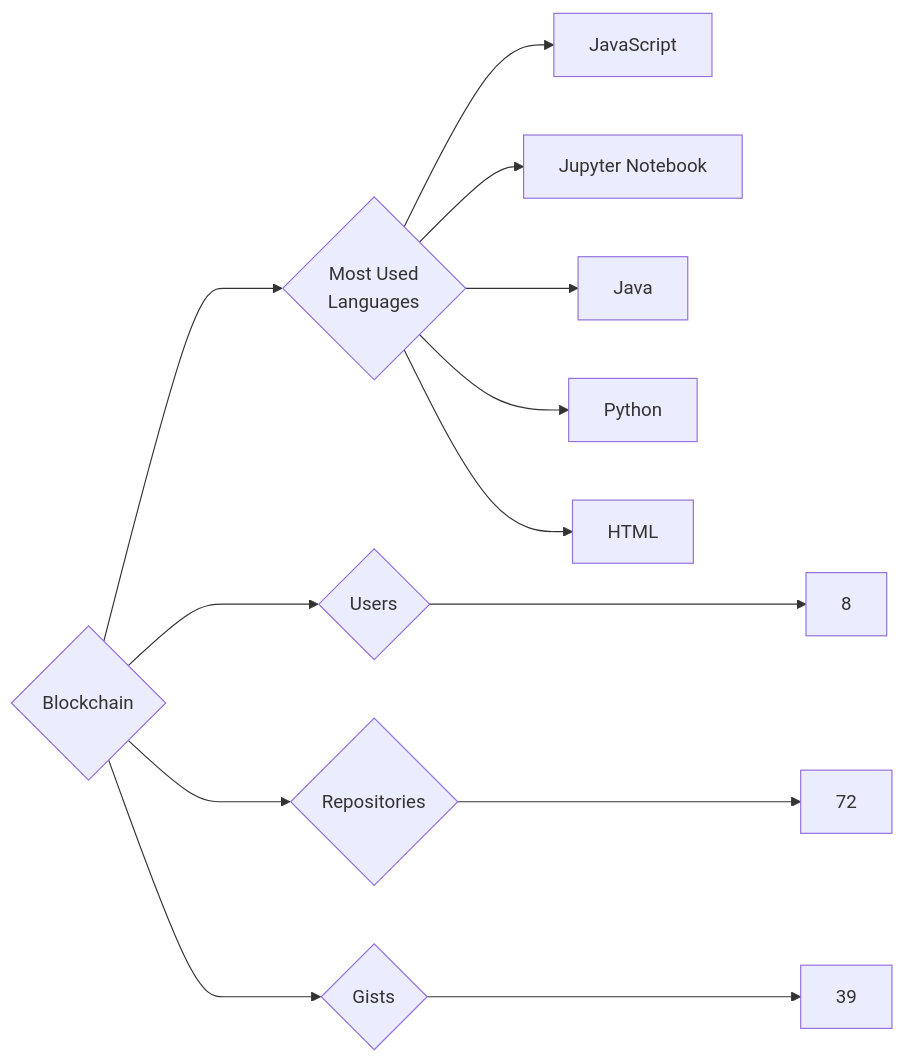
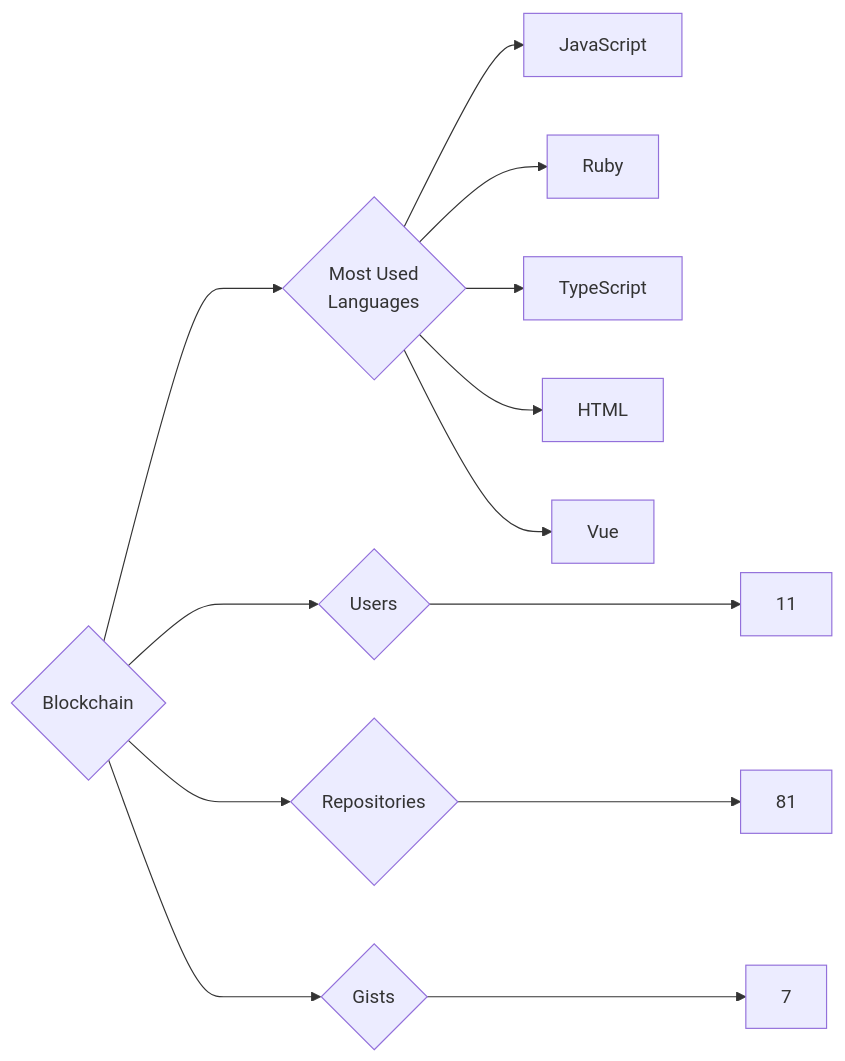
Before and after one commit to trickest/insiders: the diagram in targets/Blockchain/README.md, drawn with Mermaid. The commit also changed 693 other files, not shown here.

````diff
--- a/targets/Blockchain/README.md
+++ b/targets/Blockchain/README.md
@@ -3,13 +3,13 @@
 ```mermaid
 graph LR
 COMPANY_NAME{Blockchain}
-COMPANY_NAME ---> U{Users} ---> UN[8]
-COMPANY_NAME ---> R{Repositories} ---> RN[72]
-COMPANY_NAME ---> G{Gists} ---> GN[39]
+COMPANY_NAME ---> U{Users} ---> UN[11]
+COMPANY_NAME ---> R{Repositories} ---> RN[81]
+COMPANY_NAME ---> G{Gists} ---> GN[7]
 COMPANY_NAME ---> ML{Most Used<br>Languages}
 ML --> JavaScript[JavaScript]
-ML --> Jupyter_Notebook[Jupyter Notebook]
-ML --> Java[Java]
-ML --> Python[Python]
+ML --> Ruby[Ruby]
+ML --> TypeScript[TypeScript]
 ML --> HTML[HTML]
+ML --> Vue[Vue]
 ```
````
